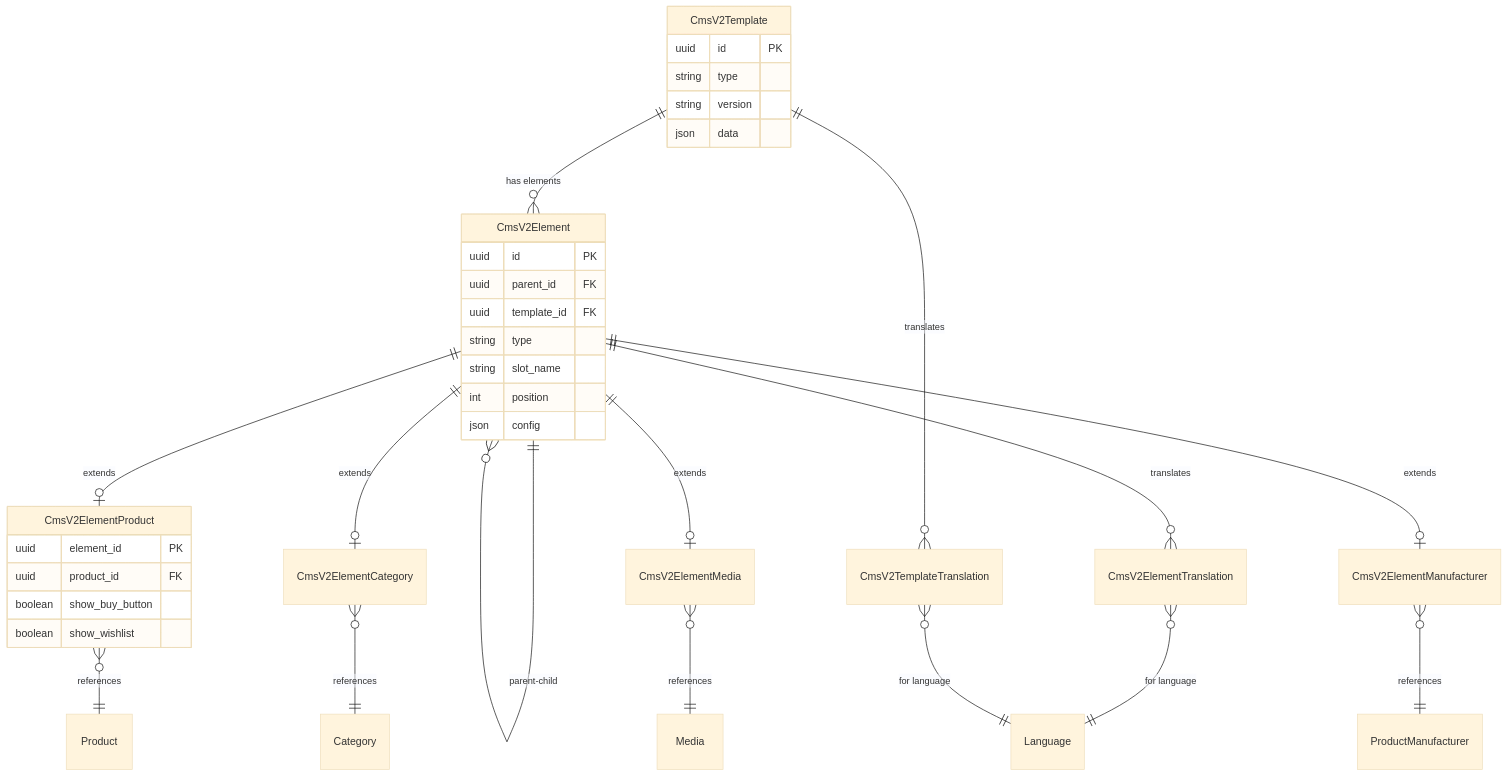
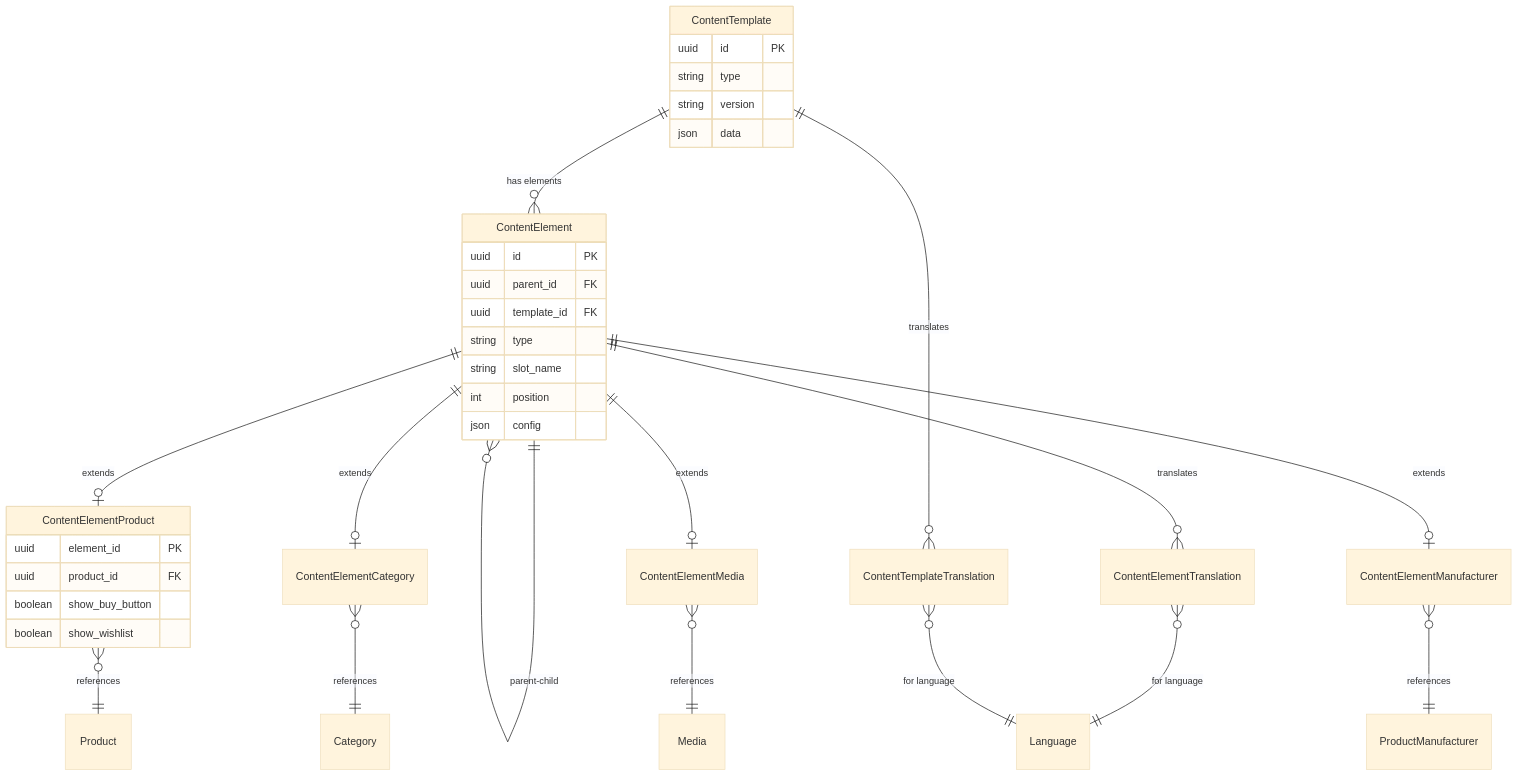
One commit to shopware/shopware changed the second of 3 diagrams in src/Storefront/Controller/shopware-cms-v2-entity-architecture.md. Above: the diagram before and after it, drawn with Mermaid (base theme). The commit also changed other lines of this file and 2 other files, not shown here.

````diff
--- a/src/Storefront/Controller/shopware-cms-v2-entity-architecture.md
+++ b/src/Storefront/Controller/shopware-cms-v2-entity-architecture.md
@@ -362,44 +362,44 @@
 ```mermaid
 erDiagram
-    CmsV2Template ||--o{ CmsV2Element : "has elements"
-    CmsV2Template ||--o{ CmsV2TemplateTranslation : translates
+    ContentTemplate ||--o{ ContentElement : "has elements"
+    ContentTemplate ||--o{ ContentTemplateTranslation : translates
     
-    CmsV2Element ||--o{ CmsV2Element : "parent-child"
-    CmsV2Element ||--o{ CmsV2ElementTranslation : translates
-    CmsV2Element ||--o| CmsV2ElementProduct : extends
-    CmsV2Element ||--o| CmsV2ElementCategory : extends
-    CmsV2Element ||--o| CmsV2ElementMedia : extends
-    CmsV2Element ||--o| CmsV2ElementManufacturer : extends
+    ContentElement ||--o{ ContentElement : "parent-child"
+    ContentElement ||--o{ ContentElementTranslation : translates
+    ContentElement ||--o| ContentElementProduct : extends
+    ContentElement ||--o| ContentElementCategory : extends
+    ContentElement ||--o| ContentElementMedia : extends
+    ContentElement ||--o| ContentElementManufacturer : extends
     
-    CmsV2ElementProduct }o--|| Product : references
-    CmsV2ElementCategory }o--|| Category : references
-    CmsV2ElementMedia }o--|| Media : references
-    CmsV2ElementManufacturer }o--|| ProductManufacturer : references
+    ContentElementProduct }o--|| Product : references
+    ContentElementCategory }o--|| Category : references
+    ContentElementMedia }o--|| Media : references
+    ContentElementManufacturer }o--|| ProductManufacturer : references
     
-    CmsV2ElementTranslation }o--|| Language : "for language"
-    CmsV2TemplateTranslation }o--|| Language : "for language"
+    ContentElementTranslation }o--|| Language : "for language"
+    ContentTemplateTranslation }o--|| Language : "for language"
     
-    CmsV2Template {
+    ContentTemplate {
         uuid id PK
         string type
         string version
         json data
     }
     
-    CmsV2Element {
+    ContentElement {
         uuid id PK
         uuid parent_id FK
         uuid template_id FK
         string type
         string slot_name
         int position
         json config
     }
     
-    CmsV2ElementProduct {
+    ContentElementProduct {
         uuid element_id PK
         uuid product_id FK
         boolean show_buy_button
         boolean show_wishlist
     }
 ```
````
